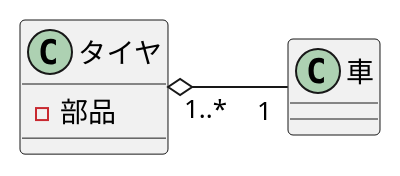
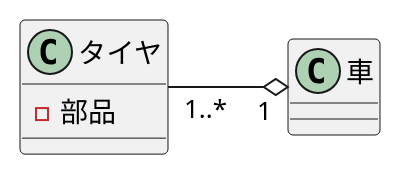
One commit to YumaSatou/uml-introduction changed the diagram in 演習3-4_クラス図.pu. Above: the diagram before and after it, drawn with PlantUML.

Commit message:
修正を加えました

```diff
--- a/演習3-4_クラス図.pu
+++ b/演習3-4_クラス図.pu
@@ -1,12 +1,12 @@
 @startuml
 left to right direction
 class 車{
 }
 
 class タイヤ {
 - 部品
 }
 
-タイヤ "1..*" o-- "1"車
+タイヤ "1..*" --o "1"車
 
 @enduml
```
